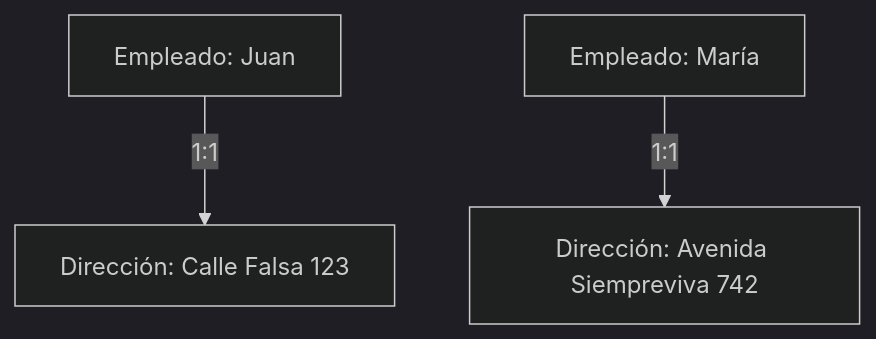
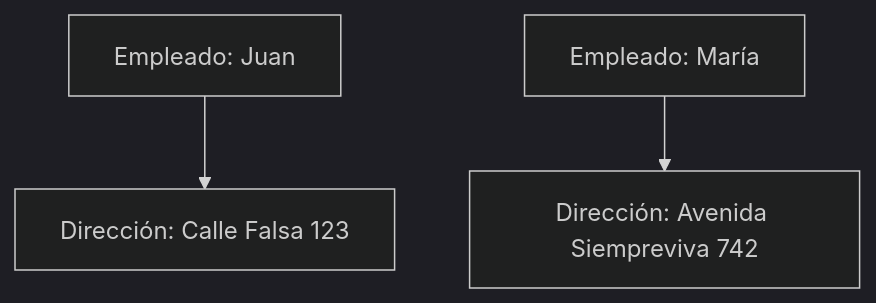
The diagram in 4_Relaciones/relaciones.md (sanchezluys/MySQL-Nivel-0), drawn with Mermaid (dark theme) before and after one commit. The commit also changed 1 other file, not shown here.

Commit message:
prueba con modulos mermaid

````diff
--- a/4_Relaciones/relaciones.md
+++ b/4_Relaciones/relaciones.md
@@ -61,5 +61,3 @@
-```mermaid
-graph TD; 
-A[Empleado: Juan] -->|1:1| B[Dirección: Calle Falsa 123]; 
-C[Empleado: María] -->|1:1| D[Dirección: Avenida Siempreviva 742]; 
-```
+<div class="mermaid"> 
+graph TD; A[Empleado: Juan] --> B[Dirección: Calle Falsa 123]; C[Empleado: María] --> D[Dirección: Avenida Siempreviva 742]; 
+</div>
````
